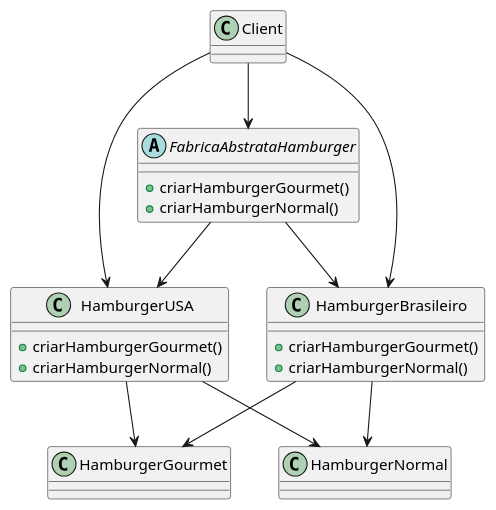
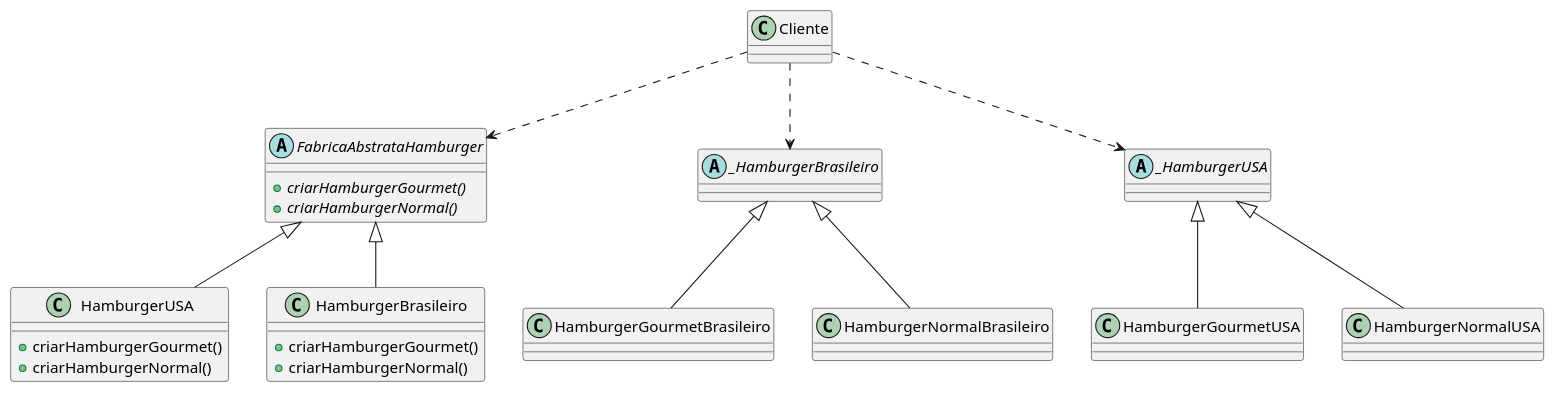
The third of 3 diagrams in posts/06_Abstract_Factory.md (leandro-costa/blog-material-aula-template), drawn with PlantUML before and after one commit. The commit also changed other lines of this file, not shown here.

````diff
--- a/posts/06_Abstract_Factory.md
+++ b/posts/06_Abstract_Factory.md
@@ -443,33 +453,32 @@
 ```plantuml
-@startuml _02
+@startuml _03
 abstract class FabricaAbstrataHamburger{
- +criarHamburgerGourmet()
- +criarHamburgerNormal()
- }
- 
- class HamburgerUSA{
- +criarHamburgerGourmet()
- +criarHamburgerNormal()
+    +{abstract}criarHamburgerGourmet()
+    +{abstract}criarHamburgerNormal()
  }
 
- class HamburgerBrasileiro{
- +criarHamburgerGourmet()
- +criarHamburgerNormal()
+ class HamburgerUSA extends FabricaAbstrataHamburger{
+    +criarHamburgerGourmet()
+    +criarHamburgerNormal()
  }
- 
- FabricaAbstrataHamburger --> HamburgerUSA
- FabricaAbstrataHamburger --> HamburgerBrasileiro
 
-Client --> HamburgerUSA
-Client --> HamburgerBrasileiro
-Client --> FabricaAbstrataHamburger
+ class HamburgerBrasileiro extends FabricaAbstrataHamburger{
+    +criarHamburgerGourmet()
+    +criarHamburgerNormal()
+ }
 
-HamburgerUSA --> HamburgerGourmet
-HamburgerBrasileiro --> HamburgerGourmet
+Cliente ..> _HamburgerBrasileiro
+Cliente ..> _HamburgerUSA
+Cliente ..> FabricaAbstrataHamburger
 
-HamburgerUSA --> HamburgerNormal
-HamburgerBrasileiro --> HamburgerNormal
+abstract class _HamburgerBrasileiro{}
+class HamburgerGourmetBrasileiro extends _HamburgerBrasileiro{}
+class HamburgerNormalBrasileiro extends _HamburgerBrasileiro{}
+
+abstract class _HamburgerUSA{}
+class HamburgerGourmetUSA extends _HamburgerUSA{}
+class HamburgerNormalUSA extends _HamburgerUSA{}
 
 @enduml
 
 ```
````
